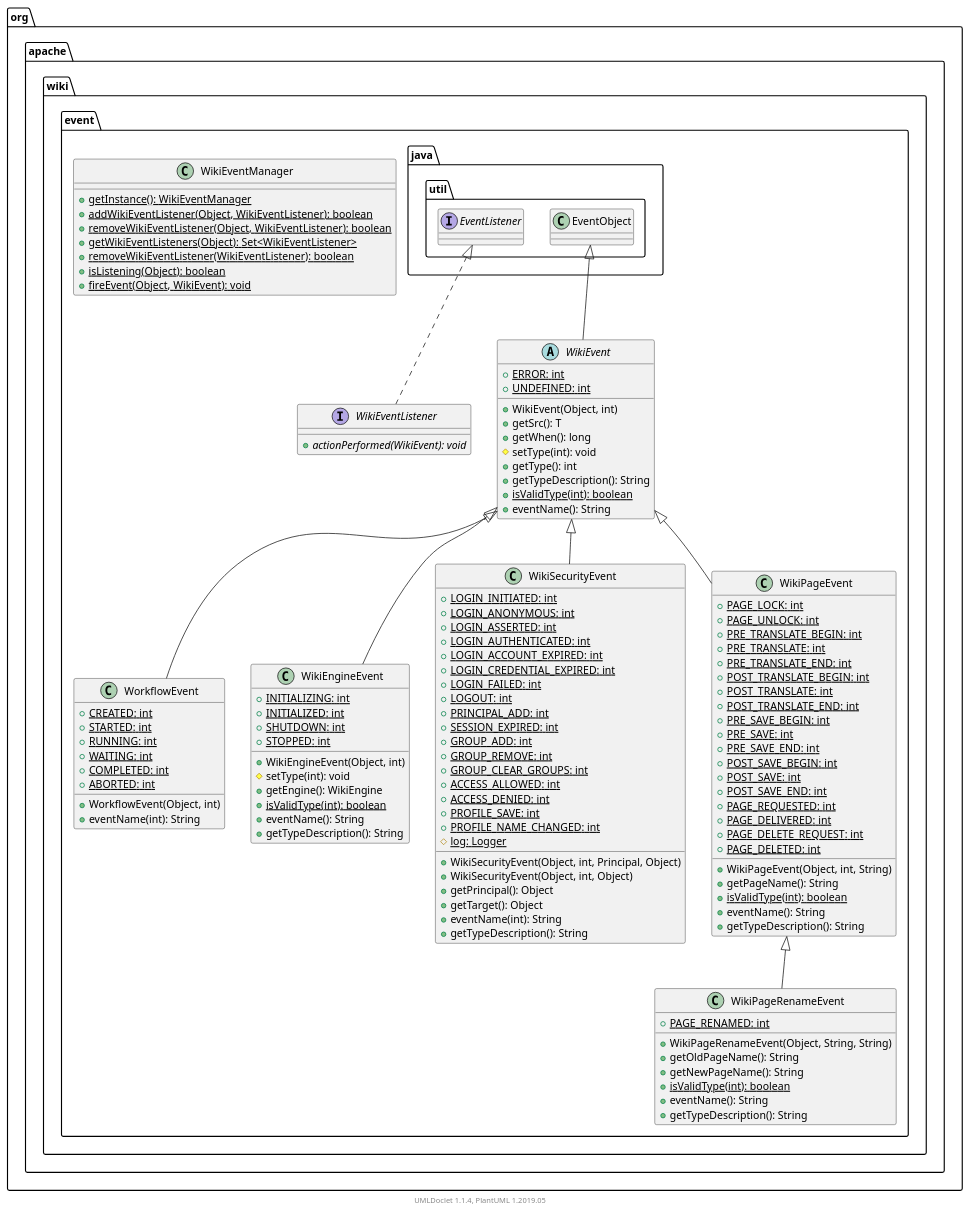
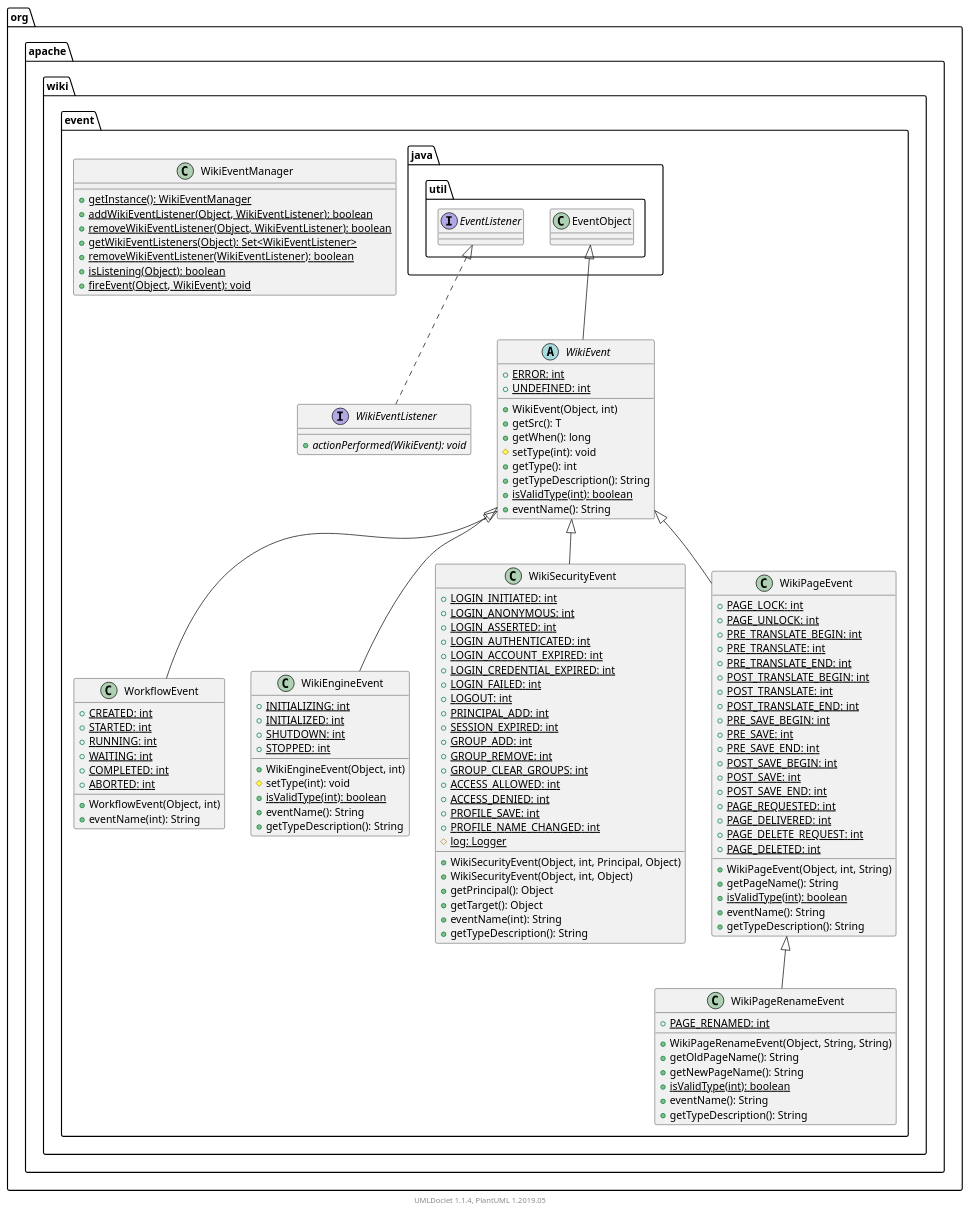
Before and after one commit to apache/jspwiki-site: the diagram in apidocs/2.11.0.M7-SNAPSHOT/org/apache/wiki/event/package.puml, drawn with PlantUML. The commit also changed 1140 other files, not shown here.

```diff
--- a/apidocs/2.11.0.M7-SNAPSHOT/org/apache/wiki/event/package.puml
+++ b/apidocs/2.11.0.M7-SNAPSHOT/org/apache/wiki/event/package.puml
@@ -1,139 +1,138 @@
 @startuml
 
     namespace org.apache.wiki.event {
 
         class WikiEventManager [[WikiEventManager.html]] {
             {static} +getInstance(): WikiEventManager
             {static} +addWikiEventListener(Object, WikiEventListener): boolean
             {static} +removeWikiEventListener(Object, WikiEventListener): boolean
             {static} +getWikiEventListeners(Object): Set<WikiEventListener>
             {static} +removeWikiEventListener(WikiEventListener): boolean
             {static} +isListening(Object): boolean
             {static} +fireEvent(Object, WikiEvent): void
         }
 
         class WorkflowEvent [[WorkflowEvent.html]] {
             {static} +CREATED: int
             {static} +STARTED: int
             {static} +RUNNING: int
             {static} +WAITING: int
             {static} +COMPLETED: int
             {static} +ABORTED: int
             +WorkflowEvent(Object, int)
             +eventName(int): String
         }
 
         class WikiEngineEvent [[WikiEngineEvent.html]] {
             {static} +INITIALIZING: int
             {static} +INITIALIZED: int
             {static} +SHUTDOWN: int
             {static} +STOPPED: int
             +WikiEngineEvent(Object, int)
             #setType(int): void
-            +getEngine(): WikiEngine
             {static} +isValidType(int): boolean
             +eventName(): String
             +getTypeDescription(): String
         }
 
         interface WikiEventListener [[WikiEventListener.html]] {
             {abstract} +actionPerformed(WikiEvent): void
         }
 
         abstract class WikiEvent [[WikiEvent.html]] {
             {static} +ERROR: int
             {static} +UNDEFINED: int
             +WikiEvent(Object, int)
             +getSrc(): T
             +getWhen(): long
             #setType(int): void
             +getType(): int
             +getTypeDescription(): String
             {static} +isValidType(int): boolean
             +eventName(): String
         }
 
         class WikiSecurityEvent [[WikiSecurityEvent.html]] {
             {static} +LOGIN_INITIATED: int
             {static} +LOGIN_ANONYMOUS: int
             {static} +LOGIN_ASSERTED: int
             {static} +LOGIN_AUTHENTICATED: int
             {static} +LOGIN_ACCOUNT_EXPIRED: int
             {static} +LOGIN_CREDENTIAL_EXPIRED: int
             {static} +LOGIN_FAILED: int
             {static} +LOGOUT: int
             {static} +PRINCIPAL_ADD: int
             {static} +SESSION_EXPIRED: int
             {static} +GROUP_ADD: int
             {static} +GROUP_REMOVE: int
             {static} +GROUP_CLEAR_GROUPS: int
             {static} +ACCESS_ALLOWED: int
             {static} +ACCESS_DENIED: int
             {static} +PROFILE_SAVE: int
             {static} +PROFILE_NAME_CHANGED: int
             {static} #log: Logger
             +WikiSecurityEvent(Object, int, Principal, Object)
             +WikiSecurityEvent(Object, int, Object)
             +getPrincipal(): Object
             +getTarget(): Object
             +eventName(int): String
             +getTypeDescription(): String
         }
 
         class WikiPageEvent [[WikiPageEvent.html]] {
             {static} +PAGE_LOCK: int
             {static} +PAGE_UNLOCK: int
             {static} +PRE_TRANSLATE_BEGIN: int
             {static} +PRE_TRANSLATE: int
             {static} +PRE_TRANSLATE_END: int
             {static} +POST_TRANSLATE_BEGIN: int
             {static} +POST_TRANSLATE: int
             {static} +POST_TRANSLATE_END: int
             {static} +PRE_SAVE_BEGIN: int
             {static} +PRE_SAVE: int
             {static} +PRE_SAVE_END: int
             {static} +POST_SAVE_BEGIN: int
             {static} +POST_SAVE: int
             {static} +POST_SAVE_END: int
             {static} +PAGE_REQUESTED: int
             {static} +PAGE_DELIVERED: int
             {static} +PAGE_DELETE_REQUEST: int
             {static} +PAGE_DELETED: int
             +WikiPageEvent(Object, int, String)
             +getPageName(): String
             {static} +isValidType(int): boolean
             +eventName(): String
             +getTypeDescription(): String
         }
 
         class WikiPageRenameEvent [[WikiPageRenameEvent.html]] {
             {static} +PAGE_RENAMED: int
             +WikiPageRenameEvent(Object, String, String)
             +getOldPageName(): String
             +getNewPageName(): String
             {static} +isValidType(int): boolean
             +eventName(): String
             +getTypeDescription(): String
         }
 
         WikiEvent <|-- WorkflowEvent
 
         WikiEvent <|-- WikiEngineEvent
 
         interface java.util.EventListener
         java.util.EventListener <|.. WikiEventListener
 
         class java.util.EventObject
         java.util.EventObject <|-- WikiEvent
 
         WikiEvent <|-- WikiSecurityEvent
 
         WikiEvent <|-- WikiPageEvent
 
         WikiPageEvent <|-- WikiPageRenameEvent
 
     }
 
 
     center footer UMLDoclet 1.1.4, PlantUML 1.2019.05
 @enduml
```
